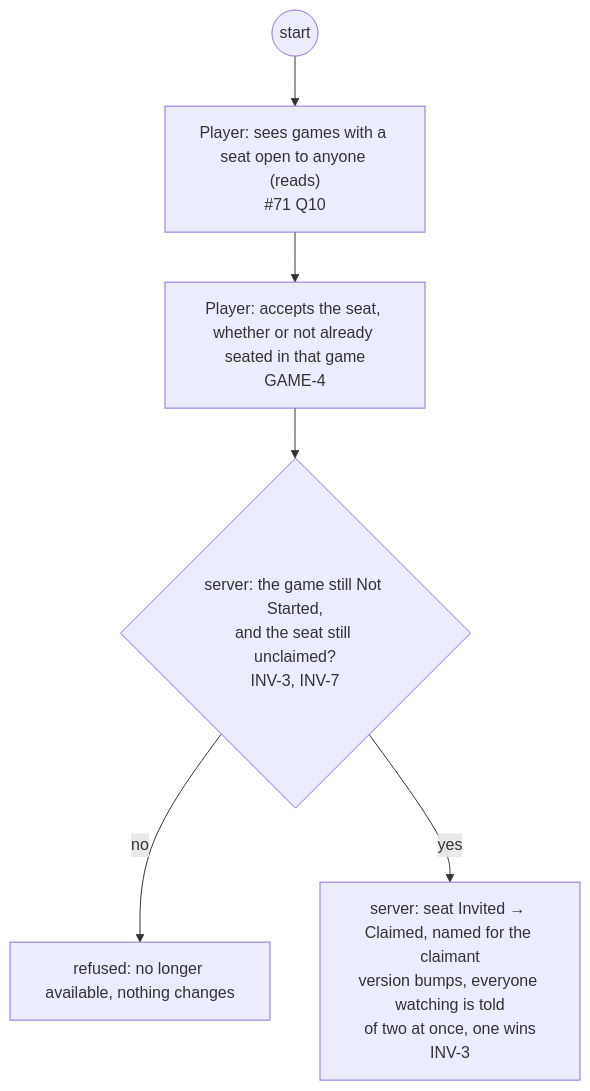
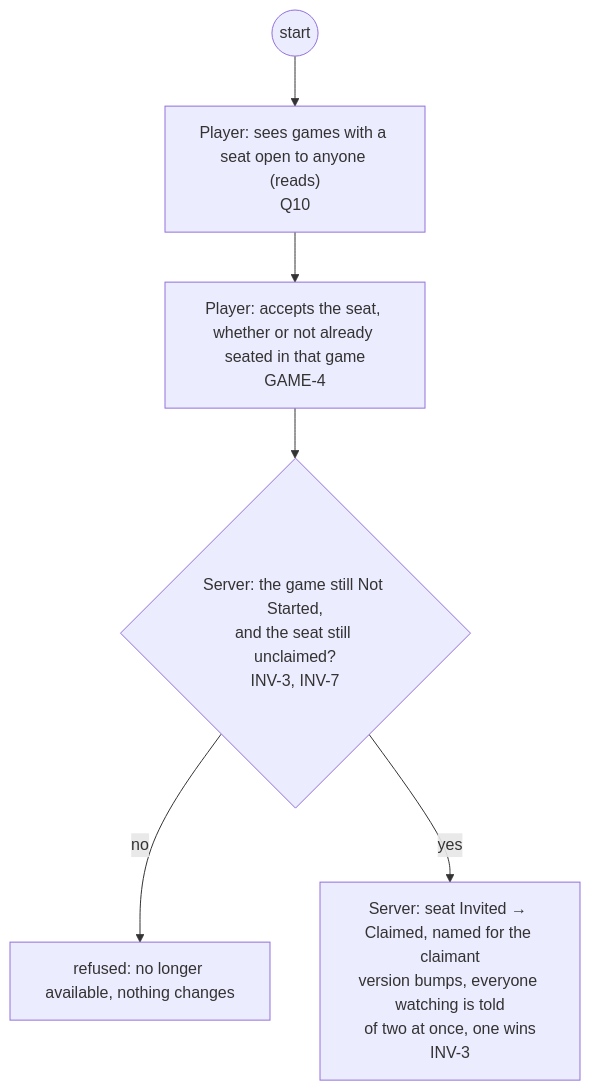
Diagram 12 of 29 in docs/changes/workstreams/application-game-architecture/71-one-game-model/71-functional.md (delphside/programme), drawn with Mermaid before and after one commit. The commit also changed other lines of this file, not shown here.

First line of the commit message:
app 0.9.2 api 2.16: 71: questions get headings Q1 to Q15; Server capitalised as an actor

````diff
--- a/docs/changes/workstreams/application-game-architecture/71-one-game-model/71-functional.md
+++ b/docs/changes/workstreams/application-game-architecture/71-one-game-model/71-functional.md
@@ -260,8 +261,8 @@
 ```mermaid
 flowchart TD
-  s0((start)) --> p1["Player: sees games with a seat open to anyone (reads)<br/>#71 Q10"]
+  s0((start)) --> p1["Player: sees games with a seat open to anyone (reads)<br/>Q10"]
   p1 --> p2["Player: accepts the seat, whether or not already seated in that game<br/>GAME-4"]
-  p2 --> v1{"server: the game still Not Started,<br/>and the seat still unclaimed?<br/>INV-3, INV-7"}
+  p2 --> v1{"Server: the game still Not Started,<br/>and the seat still unclaimed?<br/>INV-3, INV-7"}
   v1 -- no --> r1["refused: no longer available, nothing changes"]
-  v1 -- yes --> t1["server: seat Invited → Claimed, named for the claimant<br/>version bumps, everyone watching is told<br/>of two at once, one wins<br/>INV-3"]
+  v1 -- yes --> t1["Server: seat Invited → Claimed, named for the claimant<br/>version bumps, everyone watching is told<br/>of two at once, one wins<br/>INV-3"]
 ```
````
